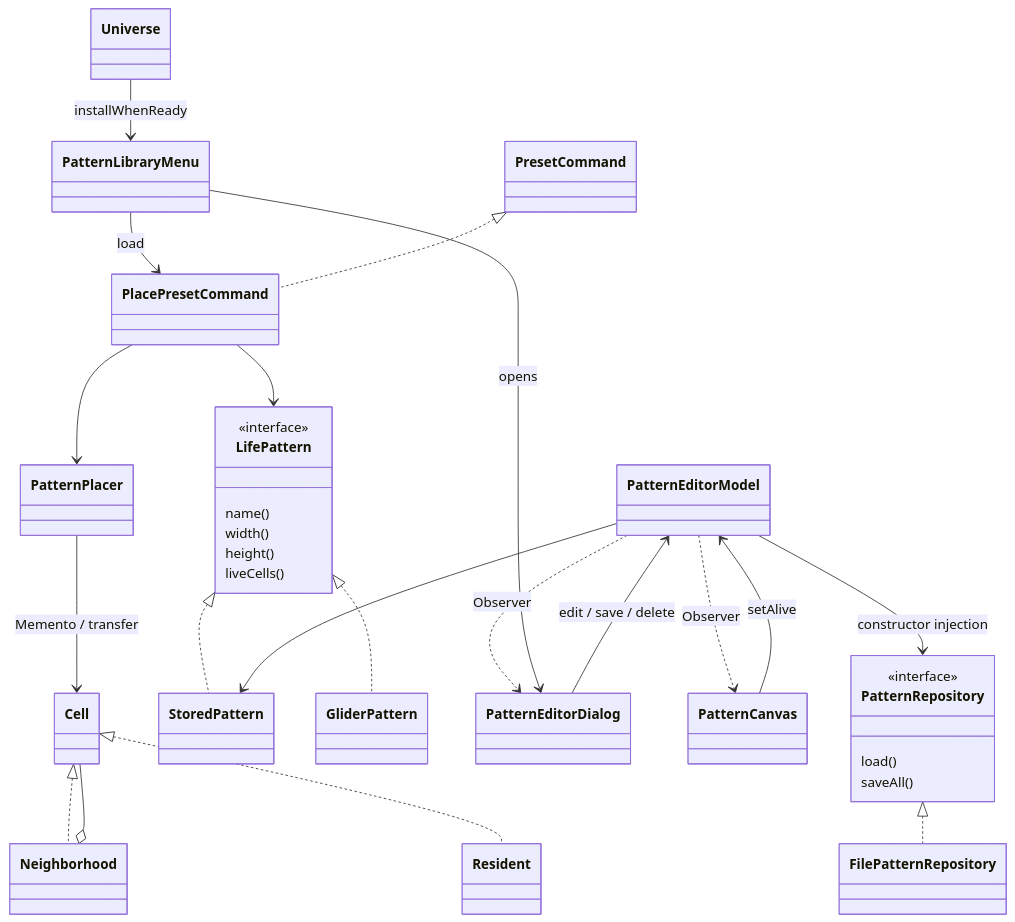
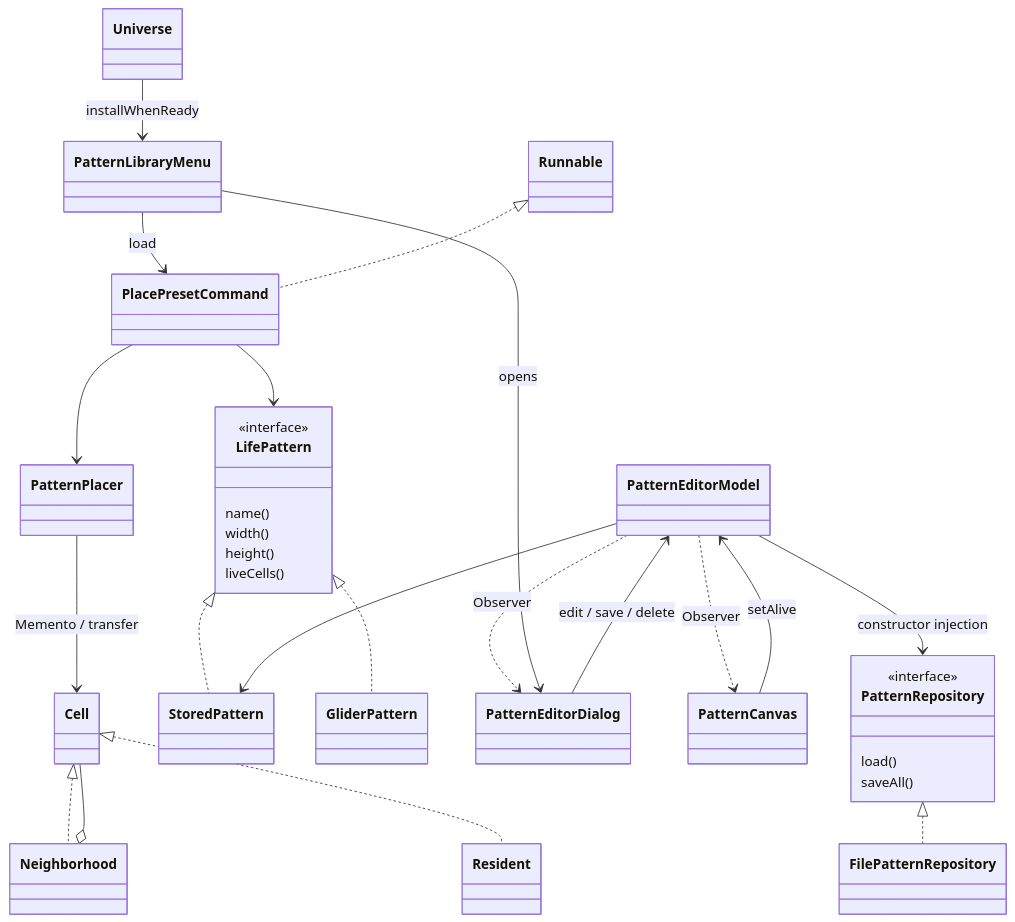
Before and after one commit to DesignPattern-26-2/Life-Game: the first of 2 diagrams in docs/pattern-library.md, drawn with Mermaid. The commit also changed other lines of this file and 5 other files, not shown here.

First line of the commit message:
refactor: 구현이 하나뿐인 PresetCommand 인터페이스를 없애고 PlacePresetCommand가 Runnable을 구현하도록 변경

````diff
--- a/docs/pattern-library.md
+++ b/docs/pattern-library.md
@@ -136,34 +136,34 @@
 ```mermaid
 classDiagram
     class LifePattern {
         <<interface>>
         name()
         width()
         height()
         liveCells()
     }
     class PatternRepository {
         <<interface>>
         load()
         saveAll()
     }
     LifePattern <|.. StoredPattern
     LifePattern <|.. GliderPattern
     PatternRepository <|.. FilePatternRepository
     PatternEditorModel --> PatternRepository : constructor injection
     PatternEditorModel --> StoredPattern
     PatternEditorDialog --> PatternEditorModel : edit / save / delete
     PatternCanvas --> PatternEditorModel : setAlive
     PatternEditorModel ..> PatternEditorDialog : Observer
     PatternEditorModel ..> PatternCanvas : Observer
     Universe --> PatternLibraryMenu : installWhenReady
     PatternLibraryMenu --> PatternEditorDialog : opens
     PatternLibraryMenu --> PlacePresetCommand : load
-    PresetCommand <|.. PlacePresetCommand
+    Runnable <|.. PlacePresetCommand
     PlacePresetCommand --> LifePattern
     PlacePresetCommand --> PatternPlacer
     PatternPlacer --> Cell : Memento / transfer
     Cell <|.. Neighborhood
     Cell <|.. Resident
     Neighborhood o-- Cell
 ```
````
